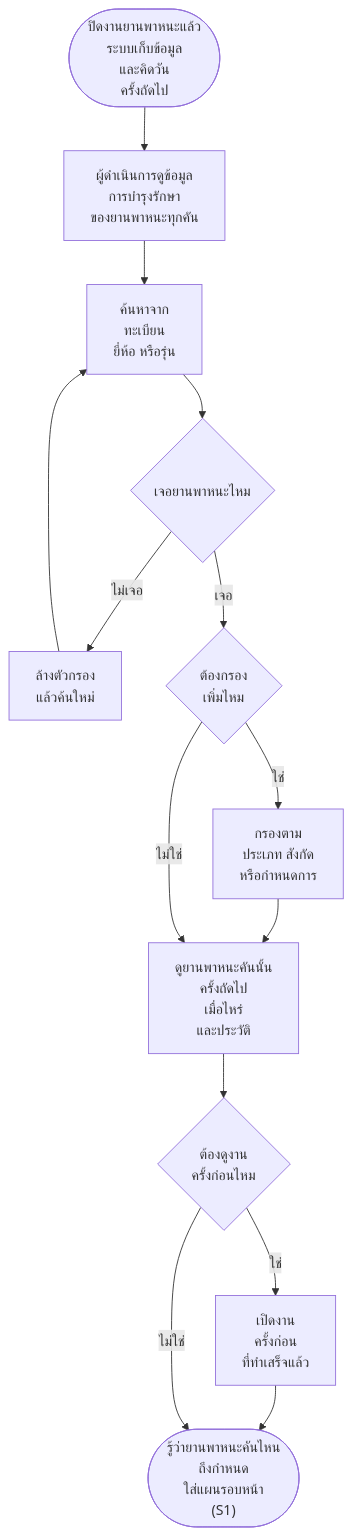
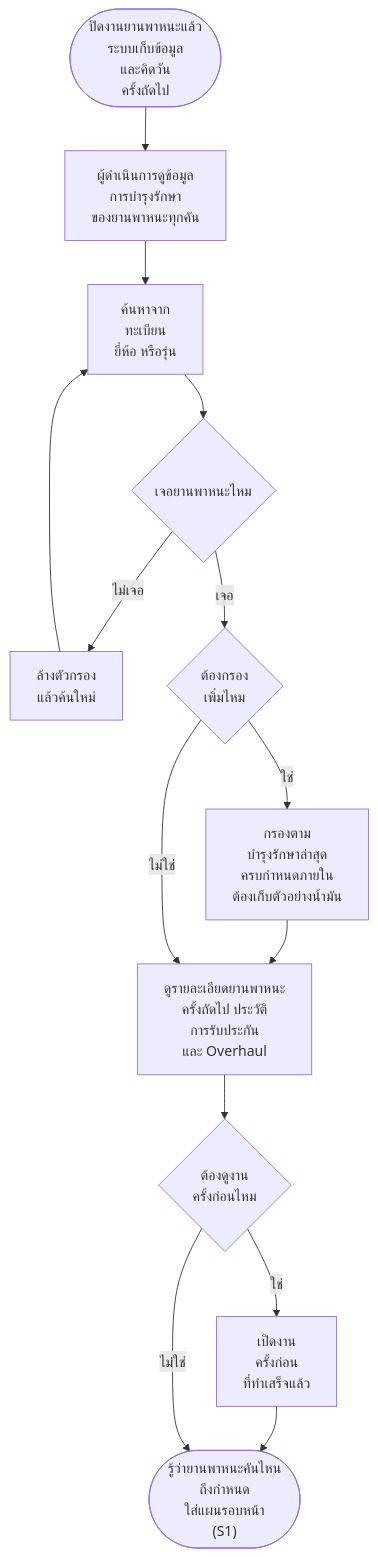
Diagram 19 of 19 in Diagram/01-บำรุงรักษาตามวาระ/27-บำรุงรักษา-flowchart-กิจกรรม.md (anugmail/Maintenance-Request-Form), drawn with Mermaid before and after one commit. The commit also changed 5 other files, not shown here.

First line of the commit message:
บำรุงรักษา: S24 แดชบอร์ดการบำรุงรักษารายคัน + รายละเอียดยานพาหนะ 5 แท็บ (R90)

````diff
--- a/Diagram/01-บำรุงรักษาตามวาระ/27-บำรุงรักษา-flowchart-กิจกรรม.md
+++ b/Diagram/01-บำรุงรักษาตามวาระ/27-บำรุงรักษา-flowchart-กิจกรรม.md
@@ -389,16 +389,16 @@
 ```mermaid
 flowchart TD
     S(["ปิดงานยานพาหนะแล้ว<br/>ระบบเก็บข้อมูล<br/>และคิดวัน<br/>ครั้งถัดไป"]) --> A1["ผู้ดำเนินการดูข้อมูล<br/>การบำรุงรักษา<br/>ของยานพาหนะทุกคัน"]
     A1 --> A2["ค้นหาจาก<br/>ทะเบียน<br/>ยี่ห้อ หรือรุ่น"]
     A2 --> Q1{"เจอยานพาหนะไหม"}
     Q1 -->|ไม่เจอ| A3["ล้างตัวกรอง<br/>แล้วค้นใหม่"]
     A3 --> A2
     Q1 -->|เจอ| Q2{"ต้องกรอง<br/>เพิ่มไหม"}
-    Q2 -->|ใช่| A4["กรองตาม<br/>ประเภท สังกัด<br/>หรือกำหนดการ"]
+    Q2 -->|ใช่| A4["กรองตาม<br/>บำรุงรักษาล่าสุด<br/>ครบกำหนดภายใน<br/>ต้องเก็บตัวอย่างน้ำมัน"]
     A4 --> A5
-    Q2 -->|ไม่ใช่| A5["ดูยานพาหนะคันนั้น<br/>ครั้งถัดไป<br/>เมื่อไหร่<br/>และประวัติ"]
+    Q2 -->|ไม่ใช่| A5["ดูรายละเอียดยานพาหนะ<br/>ครั้งถัดไป ประวัติ<br/>การรับประกัน<br/>และ Overhaul"]
     A5 --> Q3{"ต้องดูงาน<br/>ครั้งก่อนไหม"}
     Q3 -->|ใช่| A6["เปิดงาน<br/>ครั้งก่อน<br/>ที่ทำเสร็จแล้ว"]
     A6 --> E
     Q3 -->|ไม่ใช่| E(["รู้ว่ายานพาหนะคันไหน<br/>ถึงกำหนด<br/>ใส่แผนรอบหน้า<br/>(S1)"])
 ```
````
